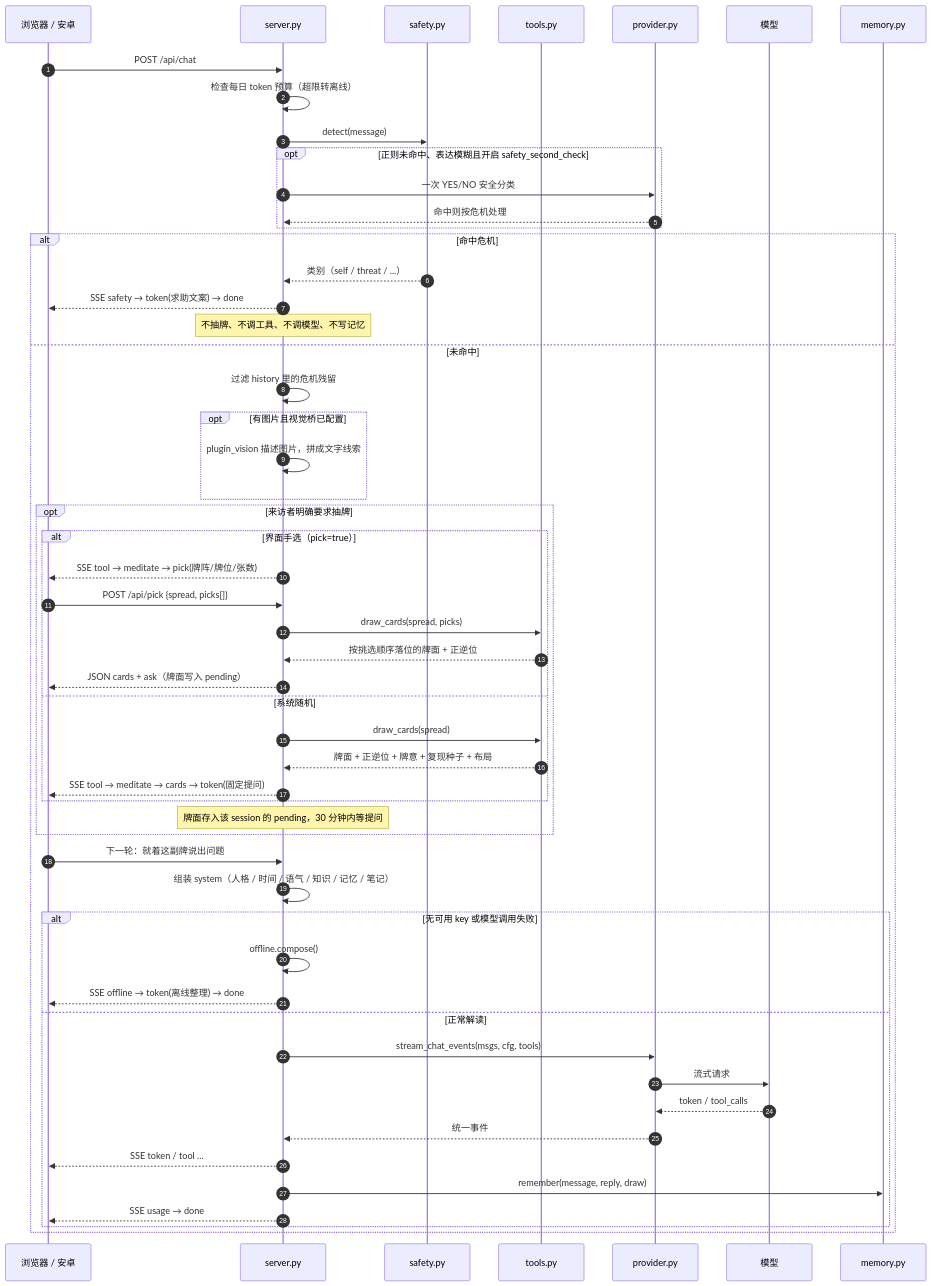
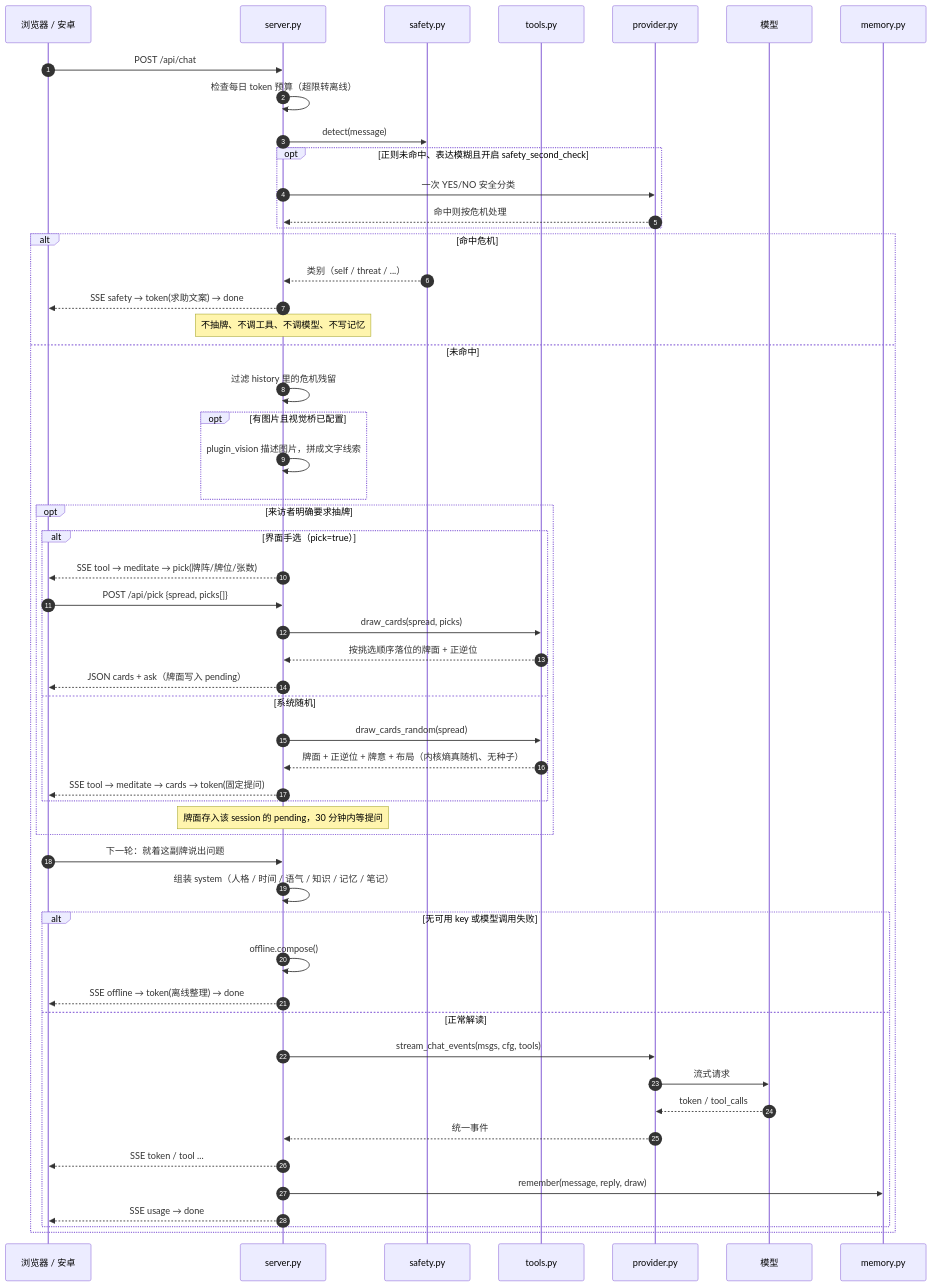
Before and after one commit to Him-Wang/tarot-counselor: the second of 2 diagrams in docs/ARCHITECTURE.md, drawn with Mermaid. The commit also changed other lines of this file and 20 other files, not shown here.

````diff
--- a/docs/ARCHITECTURE.md
+++ b/docs/ARCHITECTURE.md
@@ -76,57 +76,57 @@
 ```mermaid
 sequenceDiagram
   autonumber
   participant C as 浏览器 / 安卓
   participant S as server.py
   participant G as safety.py
   participant T as tools.py
   participant P as provider.py
   participant L as 模型
   participant M as memory.py
 
   C->>S: POST /api/chat
   S->>S: 检查每日 token 预算（超限转离线）
   S->>G: detect(message)
   opt 正则未命中、表达模糊且开启 safety_second_check
     S->>P: 一次 YES/NO 安全分类
     P-->>S: 命中则按危机处理
   end
   alt 命中危机
     G-->>S: 类别（self / threat / ...）
     S-->>C: SSE safety → token(求助文案) → done
     Note over S: 不抽牌、不调工具、不调模型、不写记忆
   else 未命中
     S->>S: 过滤 history 里的危机残留
     opt 有图片且视觉桥已配置
       S->>S: plugin_vision 描述图片，拼成文字线索
     end
     opt 来访者明确要求抽牌
       alt 界面手选（pick=true）
         S-->>C: SSE tool → meditate → pick(牌阵/牌位/张数)
         C->>S: POST /api/pick {spread, picks[]}
         S->>T: draw_cards(spread, picks)
         T-->>S: 按挑选顺序落位的牌面 + 正逆位
         S-->>C: JSON cards + ask（牌面写入 pending）
       else 系统随机
-        S->>T: draw_cards(spread)
-        T-->>S: 牌面 + 正逆位 + 牌意 + 复现种子 + 布局
+        S->>T: draw_cards_random(spread)
+        T-->>S: 牌面 + 正逆位 + 牌意 + 布局（内核熵真随机、无种子）
         S-->>C: SSE tool → meditate → cards → token(固定提问)
       end
       Note over S: 牌面存入该 session 的 pending，30 分钟内等提问
     end
     C->>S: 下一轮：就着这副牌说出问题
     S->>S: 组装 system（人格 / 时间 / 语气 / 知识 / 记忆 / 笔记）
     alt 无可用 key 或模型调用失败
       S->>S: offline.compose()
       S-->>C: SSE offline → token(离线整理) → done
     else 正常解读
       S->>P: stream_chat_events(msgs, cfg, tools)
       P->>L: 流式请求
       L-->>P: token / tool_calls
       P-->>S: 统一事件
       S-->>C: SSE token / tool ...
       S->>M: remember(message, reply, draw)
       S-->>C: SSE usage → done
     end
   end
 ```
````
